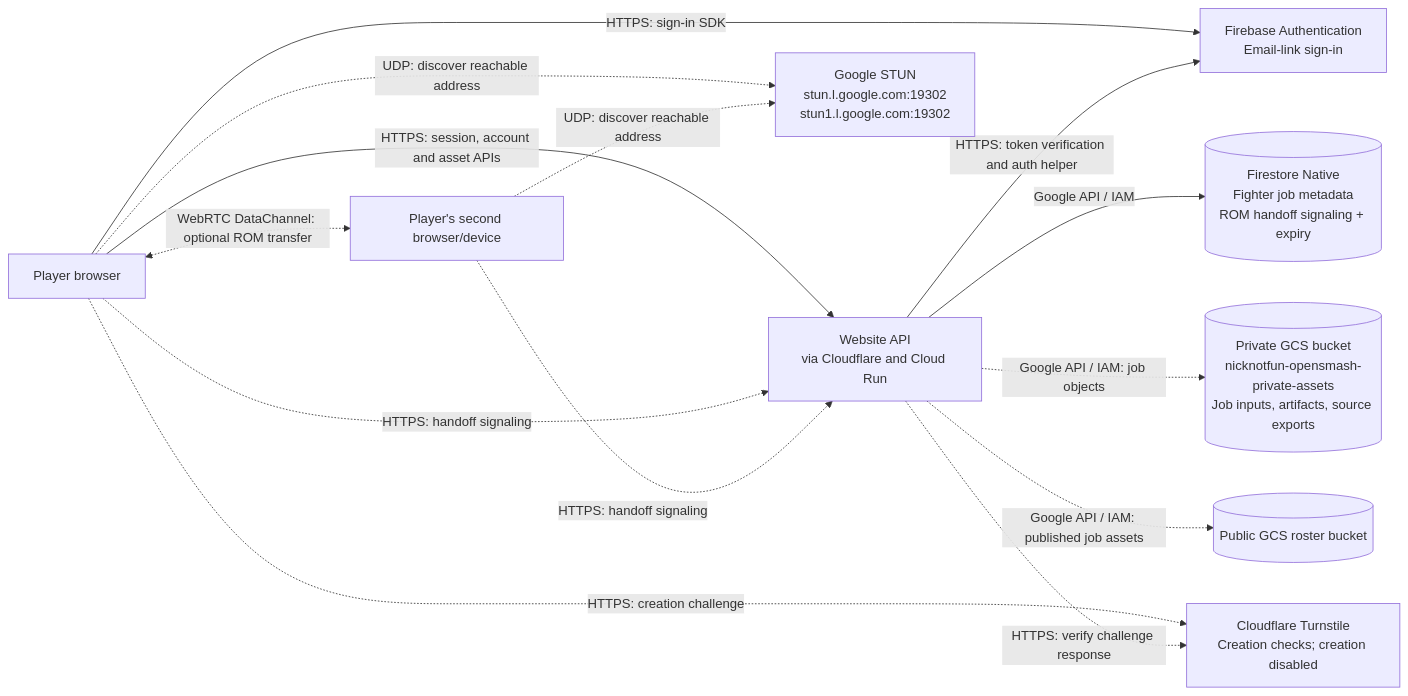
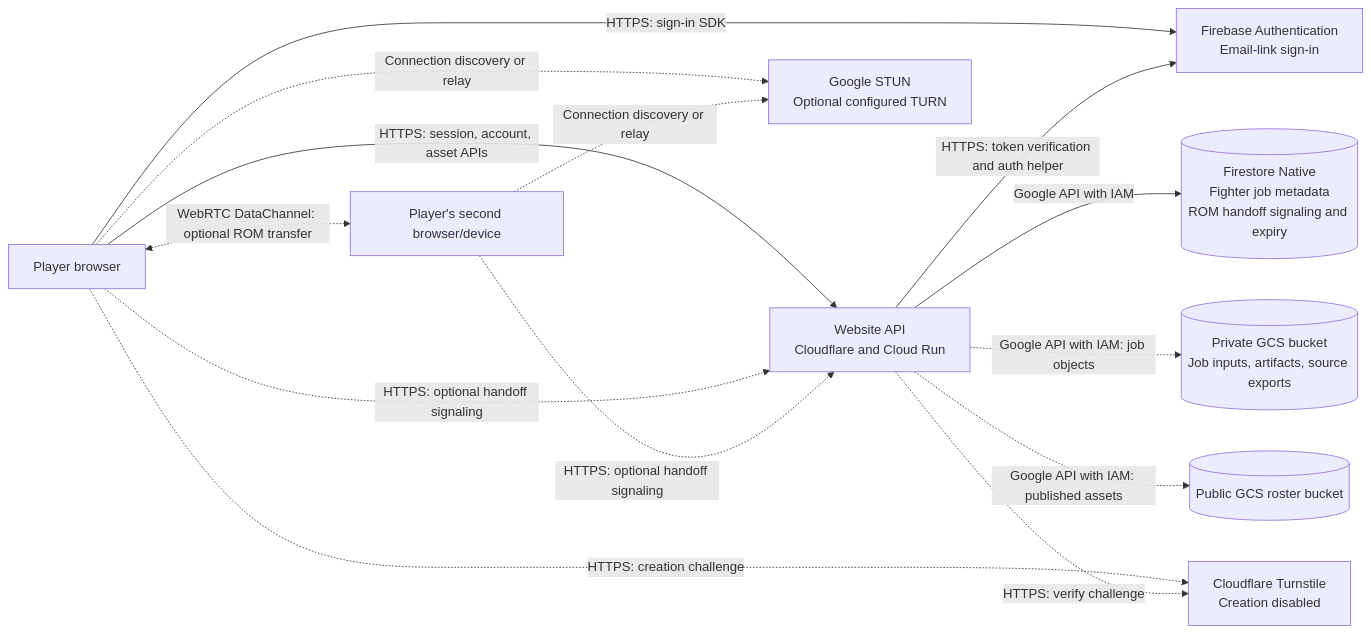
The second of 4 diagrams in deploy/ARCHITECTURE.md (nicknotfun/opensmash), drawn with Mermaid before and after one commit. The commit also changed other lines of this file and 40 other files, not shown here.

Commit message:
Run Melee in the host browser with relay signaling and WebRTC guests

````diff
--- a/deploy/ARCHITECTURE.md
+++ b/deploy/ARCHITECTURE.md
@@ -104,26 +131,26 @@
 ```mermaid
 flowchart LR
     browser["Player browser"]
-    api["Website API<br/>via Cloudflare and Cloud Run"]
+    api["Website API<br/>Cloudflare and Cloud Run"]
     firebase["Firebase Authentication<br/>Email-link sign-in"]
-    turnstile["Cloudflare Turnstile<br/>Creation checks; creation disabled"]
-    firestore[("Firestore Native<br/>Fighter job metadata<br/>ROM handoff signaling + expiry")]
-    private[("Private GCS bucket<br/>nicknotfun-opensmash-private-assets<br/>Job inputs, artifacts, source exports")]
+    turnstile["Cloudflare Turnstile<br/>Creation disabled"]
+    firestore[("Firestore Native<br/>Fighter job metadata<br/>ROM handoff signaling and expiry")]
+    private[("Private GCS bucket<br/>Job inputs, artifacts, source exports")]
     public[("Public GCS roster bucket")]
     second["Player's second browser/device"]
-    stun["Google STUN<br/>stun.l.google.com:19302<br/>stun1.l.google.com:19302"]
+    ice["Google STUN<br/>Optional configured TURN"]
 
     browser -->|HTTPS: sign-in SDK| firebase
-    browser -->|HTTPS: session, account and asset APIs| api
+    browser -->|HTTPS: session, account, asset APIs| api
     api -->|HTTPS: token verification and auth helper| firebase
-    api -->|Google API / IAM| firestore
-    api -.->|Google API / IAM: job objects| private
-    api -.->|Google API / IAM: published job assets| public
+    api -->|Google API with IAM| firestore
+    api -.->|Google API with IAM: job objects| private
+    api -.->|Google API with IAM: published assets| public
     browser -.->|HTTPS: creation challenge| turnstile
-    api -.->|HTTPS: verify challenge response| turnstile
-    browser -.->|HTTPS: handoff signaling| api
-    second -.->|HTTPS: handoff signaling| api
-    browser -.->|UDP: discover reachable address| stun
-    second -.->|UDP: discover reachable address| stun
+    api -.->|HTTPS: verify challenge| turnstile
+    browser -.->|HTTPS: optional handoff signaling| api
+    second -.->|HTTPS: optional handoff signaling| api
+    browser -.->|Connection discovery or relay| ice
+    second -.->|Connection discovery or relay| ice
     browser <-.->|WebRTC DataChannel: optional ROM transfer| second
 ```
````
